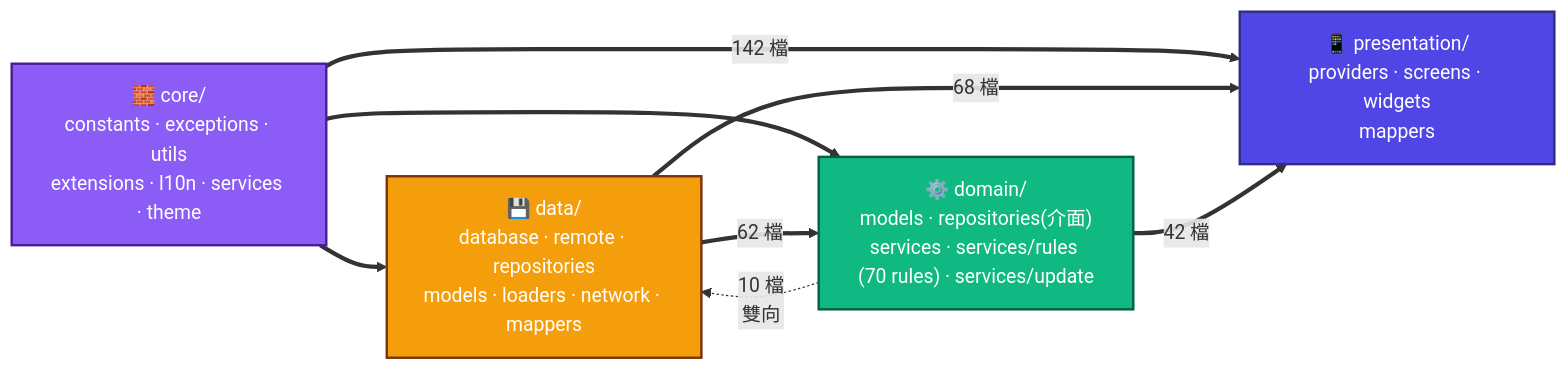
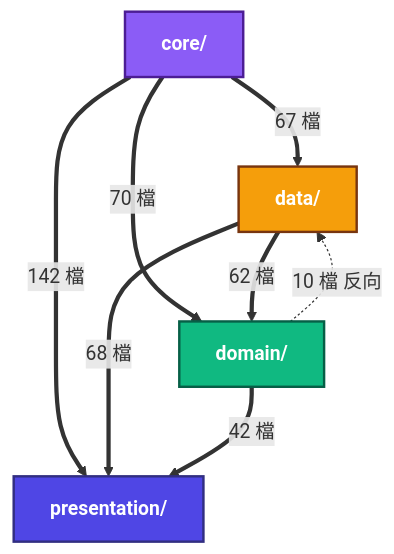
One commit to Neal75418/daredevil changed the first of 2 diagrams in .claude/rules/architecture.md. Above: the diagram before and after it, drawn with Mermaid. The commit also changed other lines of this file and 1 other file, not shown here.

Commit message:
docs: 修正 rules 圖表的 emoji 破圖與版面
先前只量 SVG 尺寸就宣稱驗證過，量不到字形是否真的畫得出來。實際在 IDE
渲染後發現四個圖示破圖：🩺(U+1FA7A, Unicode 13.0)、🧰/🧱(U+1F9F0/1F9F1,
Unicode 11.0)、📱。補充平面的新 emoji 字型覆蓋率不可靠，全部移除——classDef
配色已足以區分語意，emoji 只是跨環境的渲染負債。

版面：
- subgraph + ~~~ 隱形連線會保留走線空間，rankSpacing 調不掉，造成大片空洞。
  改為每組收成單一節點、成員以 <br/> 逐行列出
- 每行僅一個名稱，任何字型下都不會被 word-wrap 重排（實測 2 項/行在
  mermaid-cli 下就會斷行）
- 不使用 YAML config frontmatter（mermaid 10.5+ 才支援，無法驗證 IDE 版本）
- 架構圖與資料流圖改 TB：LR 下比例 6.08 / 2.78 過扁，TB 為 0.71 / 1.06
- 架構圖移除目錄清單改列文字表，圖只保留依賴邊；七條邊全部標上實測檔案數
  （新增 core→data 67、core→domain 70）

三張圖均渲染成 PNG 逐一目視確認，非僅檢查語法或尺寸。

````diff
--- a/.claude/rules/architecture.md
+++ b/.claude/rules/architecture.md
@@ -16,25 +16,25 @@
 ```mermaid
-flowchart LR
-    Core["🧱 core/<br/>constants · exceptions · utils<br/>extensions · l10n · services · theme"]
-    Data["💾 data/<br/>database · remote · repositories<br/>models · loaders · network · mappers"]
-    Domain["⚙️ domain/<br/>models · repositories(介面)<br/>services · services/rules (70 rules) · services/update"]
-    Pres["📱 presentation/<br/>providers · screens · widgets<br/>mappers"]
+flowchart TB
+    Core["<b>core/</b>"]
+    Data["<b>data/</b>"]
+    Domain["<b>domain/</b>"]
+    Pres["<b>presentation/</b>"]
 
     Core ==>|142 檔| Pres
-    Core ==> Data
-    Core ==> Domain
+    Core ==>|67 檔| Data
+    Core ==>|70 檔| Domain
     Data ==>|62 檔| Domain
-    Domain -.->|10 檔<br/>雙向| Data
+    Domain -.->|10 檔 反向| Data
     Data ==>|68 檔| Pres
     Domain ==>|42 檔| Pres
 
     classDef core fill:#8B5CF6,stroke:#4C1D95,stroke-width:2px,color:#FFFFFF
     classDef data fill:#F59E0B,stroke:#78350F,stroke-width:2px,color:#FFFFFF
     classDef dom fill:#10B981,stroke:#065F46,stroke-width:2px,color:#FFFFFF
     classDef pres fill:#4F46E5,stroke:#312E81,stroke-width:2px,color:#FFFFFF
 
     class Core core
     class Data data
     class Domain dom
     class Pres pres
 ```
````
